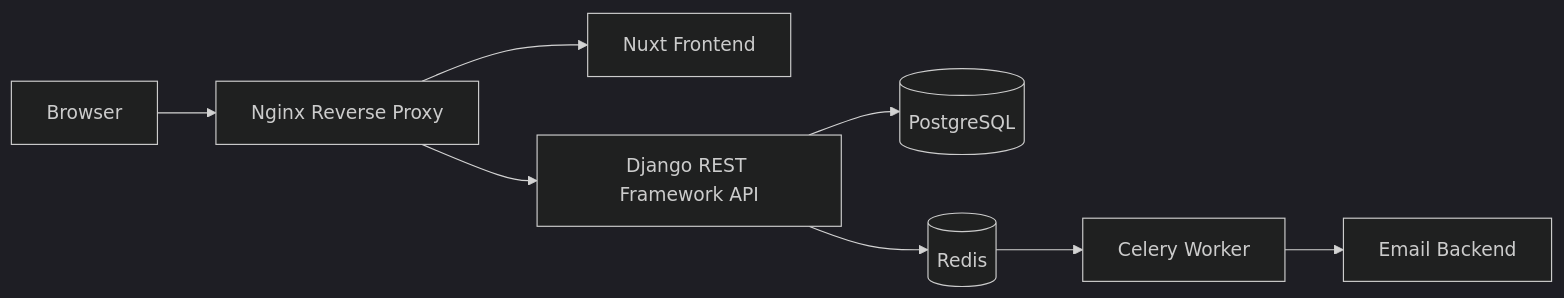
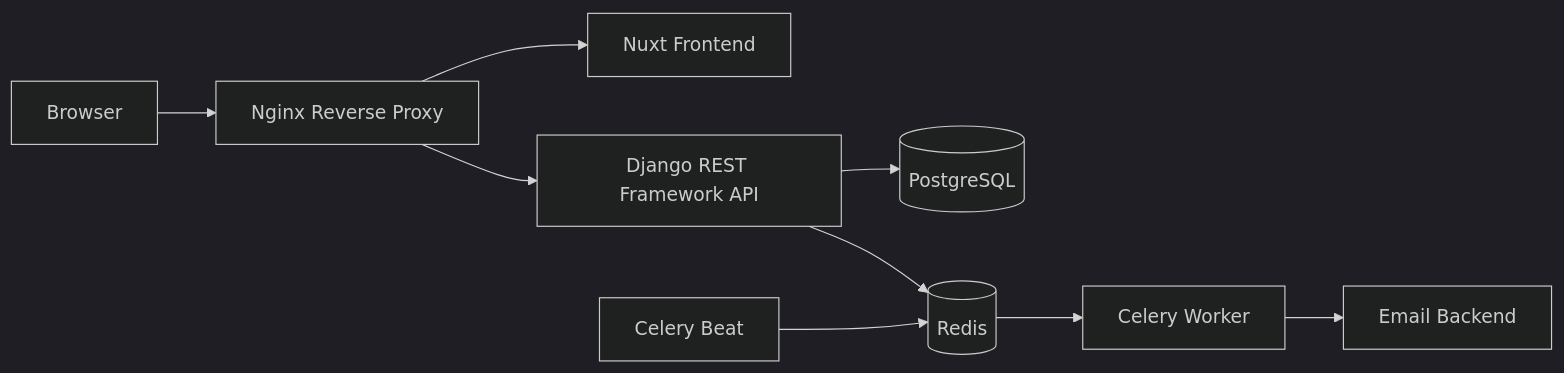
The diagram in README.md (felmarlop/docker-fullstack), drawn with Mermaid (dark theme) before and after one commit. The commit also changed other lines of this file and 7 other files, not shown here.

Commit message:
feat(celery): add django-celery-beat support and minor changes

````diff
--- a/README.md
+++ b/README.md
@@ -26,17 +26,18 @@
 ```mermaid
 flowchart LR
 
     Browser[Browser]
 
     Browser --> Nginx[Nginx Reverse Proxy]
 
     Nginx --> Frontend[Nuxt Frontend]
     Nginx --> Backend[Django REST Framework API]
 
     Backend --> PostgreSQL[(PostgreSQL)]
     Backend --> Redis[(Redis)]
 
-    Redis --> Celery[Celery Worker]
+    Beat[Celery Beat] --> Redis
+    Redis --> Worker[Celery Worker]
 
-    Celery --> Email[Email Backend]
+    Worker --> Email[Email Backend]
 ```
````
